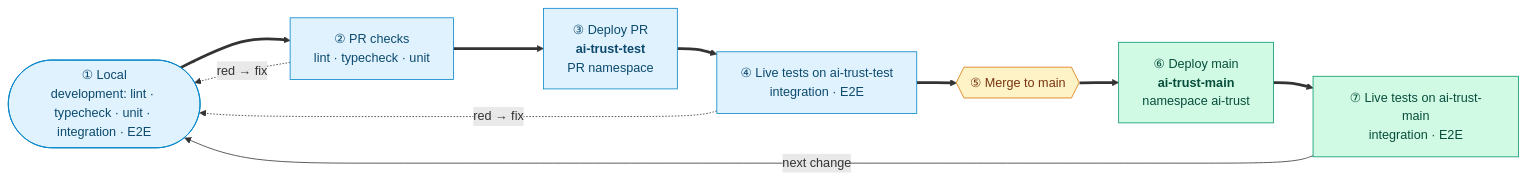
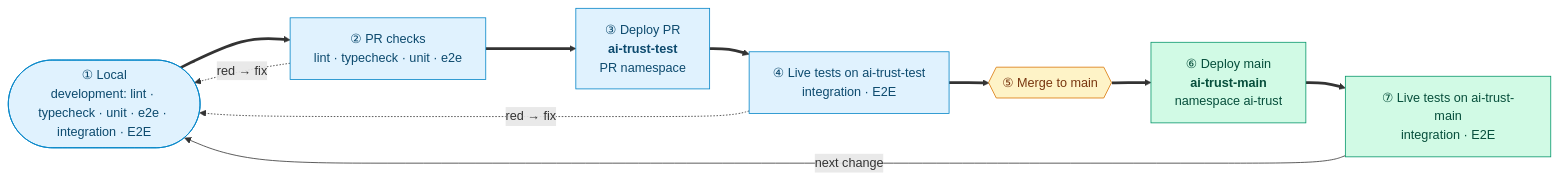
The diagram in docs/tests.md (AI-Trust-Services/ai-trust-platform), drawn with Mermaid before and after one commit. The commit also changed 2 other files, not shown here.

Commit message:
docs: document e2e test requirement for every backend
- CLAUDE.md: add rule that every backend must have a tests/e2e/ suite,
  reference the CI workflow and list conftest pattern examples by type
- README.md: add e2e table (12 components × infra column), add the new
  microservice-e2e-tests workflow to the Automated PR checks section,
  update count from "three workflows" to "four workflows"
- docs/tests.md: add e2e to the development loop diagram (PR checks node
  now reads "lint · typecheck · unit · e2e")

````diff
--- a/docs/tests.md
+++ b/docs/tests.md
@@ -28,22 +28,22 @@
 ```mermaid
 flowchart LR
-    DEV(["① Local<br/>development: lint · typecheck · unit · integration · E2E"])
-    PR["② PR checks<br/>lint · typecheck · unit"]
+    DEV(["① Local<br/>development: lint · typecheck · unit · e2e · integration · E2E"])
+    PR["② PR checks<br/>lint · typecheck · unit · e2e"]
     DT["③ Deploy PR<br/><b>ai-trust-test</b><br/>PR namespace"]
     LT["④ Live tests on ai-trust-test<br/>integration · E2E"]
     MG{{"⑤ Merge to main"}}
     DM["⑥ Deploy main<br/><b>ai-trust-main</b><br/>namespace ai-trust"]
     LM["⑦ Live tests on ai-trust-main<br/>integration · E2E"]
 
     DEV ==> PR ==> DT ==> LT ==> MG ==> DM ==> LM
     LM -- "next change" --> DEV
     PR -. "red → fix" .-> DEV
     LT -. "red → fix" .-> DEV
 
     classDef test fill:#e0f2fe,stroke:#0284c7,color:#0c4a6e
     classDef main fill:#d1fae5,stroke:#059669,color:#064e3b
     classDef gate fill:#fef3c7,stroke:#d97706,color:#78350f
     class DEV,PR,DT,LT test
     class DM,LM main
     class MG gate
 ```
````
